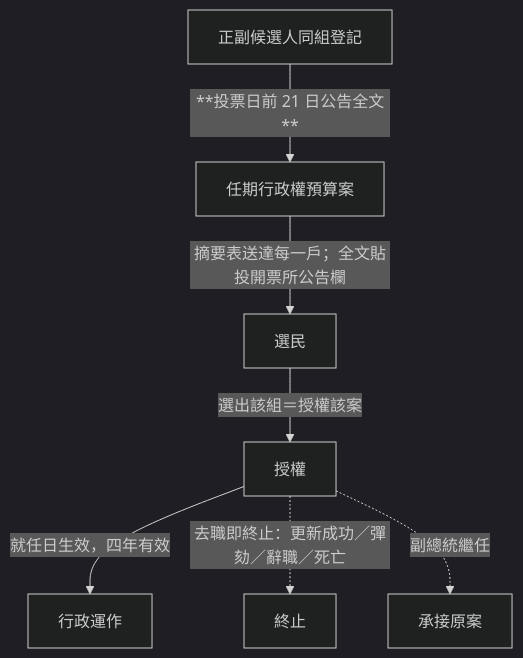
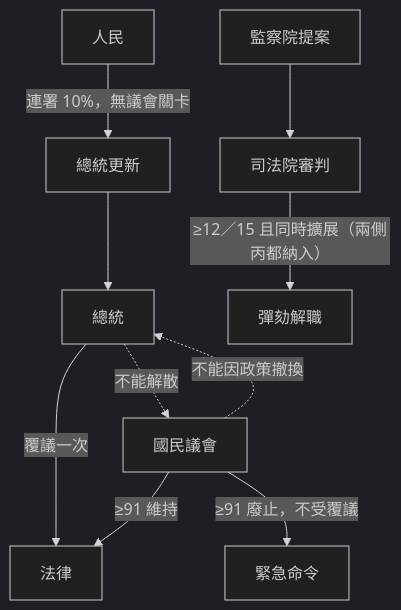
The third of 10 diagrams in topics/regime-designs/designs/台灣/一院總統制-測試/憲政架構圖.md (IRonROOT578/Political-Economy-Research-Public), drawn with Mermaid (dark theme) before and after one commit. The commit also changed other lines of this file and 128 other files, not shown here.

````diff
--- a/topics/regime-designs/designs/台灣/一院總統制-測試/憲政架構圖.md
+++ b/topics/regime-designs/designs/台灣/一院總統制-測試/憲政架構圖.md
@@ -9,9 +41,12 @@
 ```mermaid
 flowchart TD
-  Cand[正副候選人同組登記] -->|**投票日前 21 日公告全文**| Bundle[任期行政權預算案]
-  Bundle -->|摘要表送達每一戶；全文貼投開票所公告欄| Voter[選民]
-  Voter -->|選出該組＝授權該案| Auth[授權]
-  Auth -->|就任日生效，四年有效| Exec[行政運作]
-  Auth -.->|去職即終止：更新成功／彈劾／辭職／死亡| End[終止]
-  Auth -.->|副總統繼任| Keep[承接原案]
+  Pres[總統] -.->|不能解散| NA[國民議會]
+  NA -.->|不能因政策撤換| Pres
+  Pres -->|覆議一次| Bill[法律]
+  NA -->|≥91 維持| Bill
+  NA -->|≥91 廢止，不受覆議| Order[緊急命令]
+  People[人民] -->|連署 10%，無議會關卡| Update[總統更新]
+  Update --> Pres
+  S[監察院提案] --> J[司法院審判]
+  J -->|≥12／15 且同時擴展（兩側丙都納入）| Impeach[彈劾解職]
 ```
````
